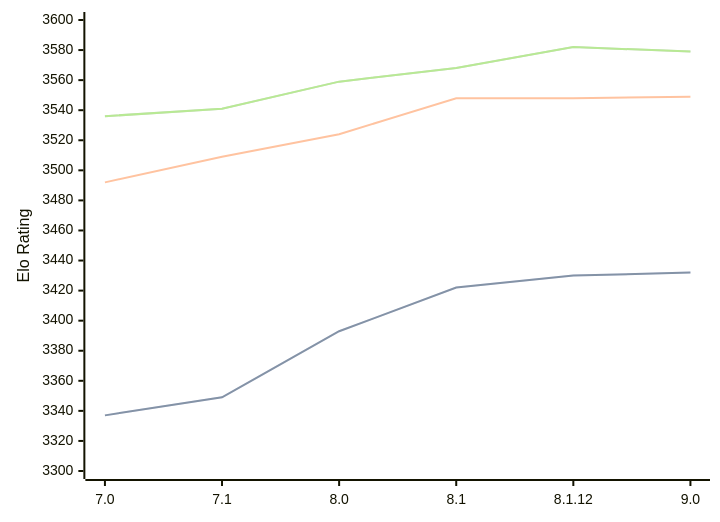
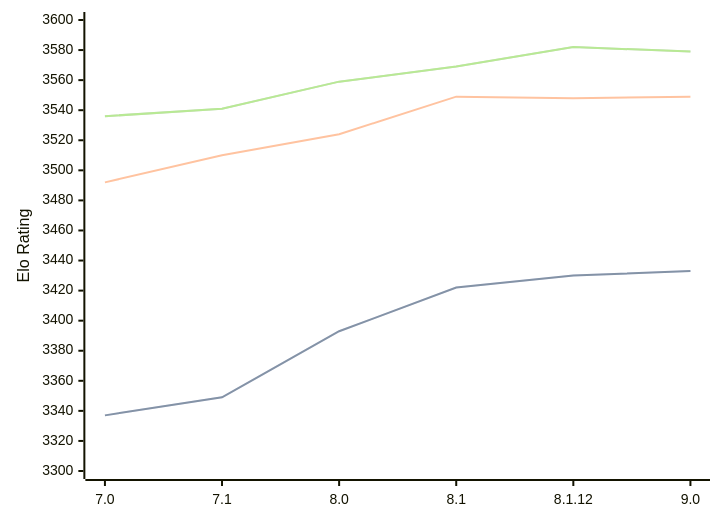
One commit to computer-chess-index/cci changed the diagram in engines/Alexandria.md. Above: the diagram before and after it, drawn with Mermaid. The commit also changed other lines of this file, not shown here.

Commit message:
Update CCI Ratings (ELO VLTC) - 2026-09-06

````diff
--- a/engines/Alexandria.md
+++ b/engines/Alexandria.md
@@ -36,11 +36,11 @@
 ```mermaid
 %%{init: {"theme":"base","themeVariables":{"seriesColors:['#a3a3a3','#222221','#faa371']}}}%%
 xychart-beta
   x-axis ["7.0", "7.1", "8.0", "8.1", "8.1.12", "9.0"]
   y-axis "Elo Rating" 3300 --> 3600
-  line "" [3337, 3349, 3393, 3422, 3430, 3432]
-  line "STC (8.0+0.08s)" [3337, 3349, 3393, 3422, 3430, 3432]
-  line "LTC (60.0+0.60s)" [3492, 3509, 3524, 3548, 3548, 3549]
-  line "" [3536, 3541, 3559, 3568, 3582, 3579]
-  line "VLTC (2m24s+1.12s)" [3536, 3541, 3559, 3568, 3582, 3579]
+  line "" [3337, 3349, 3393, 3422, 3430, 3433]
+  line "STC (8.0+0.08s)" [3337, 3349, 3393, 3422, 3430, 3433]
+  line "LTC (60.0+0.60s)" [3492, 3510, 3524, 3549, 3548, 3549]
+  line "" [3536, 3541, 3559, 3569, 3582, 3579]
+  line "VLTC (2m24s+1.12s)" [3536, 3541, 3559, 3569, 3582, 3579]
 ```
````
